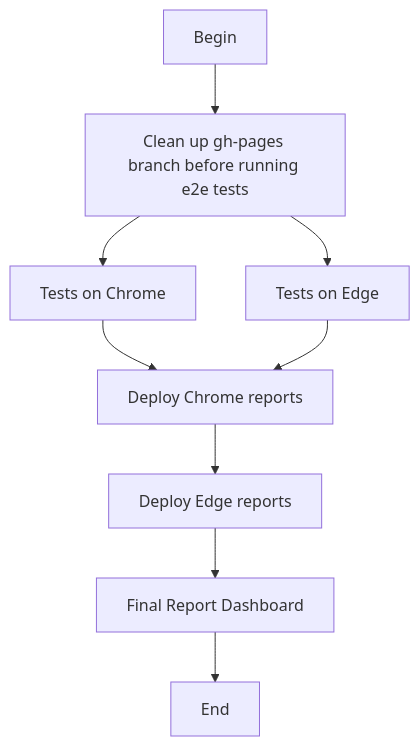
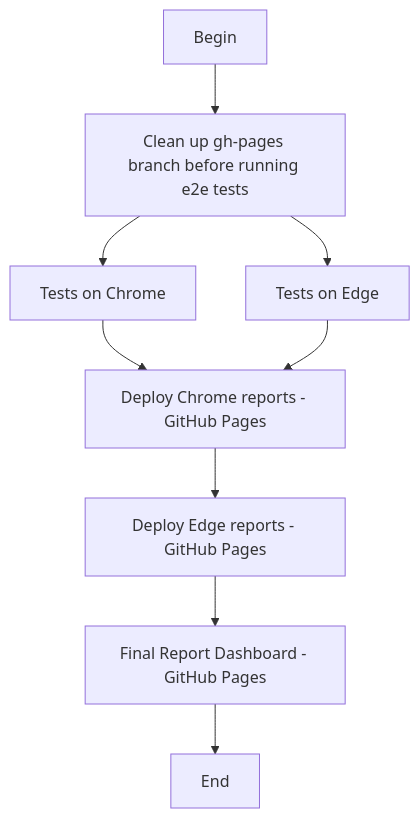
The diagram in README.md (clark-ewerton/cypress-serverest-cicd), drawn with Mermaid before and after one commit.

````diff
--- a/README.md
+++ b/README.md
@@ -146,11 +146,11 @@
 ```mermaid
 graph TD
   A[Begin] --> B[Clean up gh-pages branch before running e2e tests]
   B --> C[Tests on Chrome]
   B --> D[Tests on Edge]
-  C --> E[Deploy Chrome reports]
-  D --> E[Deploy Chrome reports]
-  E --> F[Deploy Edge reports]
-  F --> G[Final Report Dashboard]
+  C --> E[Deploy Chrome reports - GitHub Pages]
+  D --> E[Deploy Chrome reports - GitHub Pages]
+  E --> F[Deploy Edge reports - GitHub Pages]
+  F --> G[Final Report Dashboard - GitHub Pages]
   G --> H[End]
 ```
````
